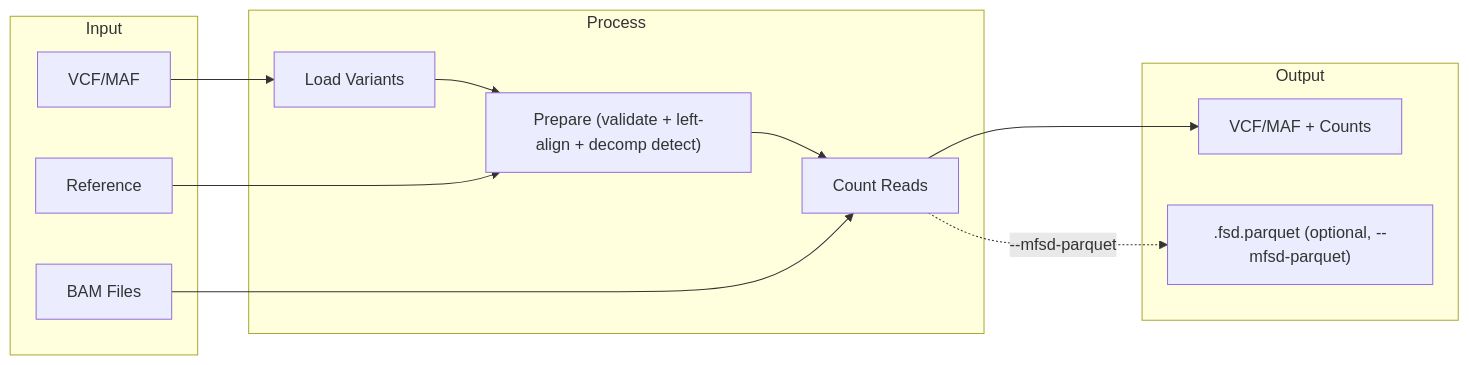
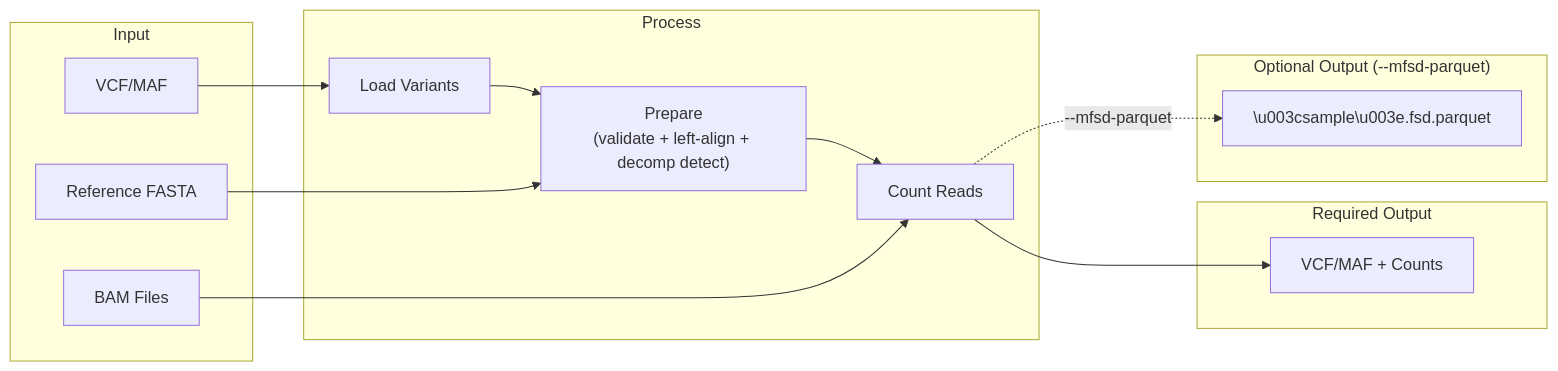
The second of 5 diagrams in docs/reference/architecture.md (msk-access/gbcms), drawn with Mermaid before and after one commit. The commit also changed other lines of this file and 1 other file, not shown here.

Commit message:
docs: batch 3 mermaid diagram improvements
- D34: Release workflow flowchart → gitGraph (shows branch/merge/tag topology)
  with info note explaining CI trigger on tag push
- D28: Data flow Parquet node → separate 'Optional Output' subgraph
  for visual clarity (was mixed in with required Output subgraph)
- D31: Sequence diagram per-read loop gets Phase 1+2 / 2.5 / Phase 3
  WFA→PairHMM LLR annotation notes (was only 'Dispatch to type checker')

````diff
--- a/docs/reference/architecture.md
+++ b/docs/reference/architecture.md
@@ -39,26 +39,29 @@
 ```mermaid
 flowchart LR
     subgraph Input
-        VCF[VCF/MAF]
-        BAM[BAM Files]
-        FASTA[Reference]
+        VCF["VCF/MAF"]
+        BAM["BAM Files"]
+        FASTA["Reference FASTA"]
     end
-    
+
     subgraph Process
-        Load[Load Variants]
-        Prepare["Prepare (validate + left-align + decomp detect)"]
-        Count[Count Reads]
+        Load["Load Variants"]
+        Prepare["Prepare\n(validate + left-align + decomp detect)"]
+        Count["Count Reads"]
     end
-    
-    subgraph Output
-        Result[VCF/MAF + Counts]
-        Parquet["<sample>.fsd.parquet (optional, --mfsd-parquet)"]
+
+    subgraph Output ["Required Output"]
+        Result["VCF/MAF + Counts"]
     end
-    
+
+    subgraph OptOut ["Optional Output (--mfsd-parquet)"]
+        Parquet["\u003csample\u003e.fsd.parquet"]
+    end
+
     VCF --> Load --> Prepare
     FASTA --> Prepare
     Prepare --> Count
     BAM --> Count
     Count --> Result
     Count -.->|"--mfsd-parquet"| Parquet
 ```
````
